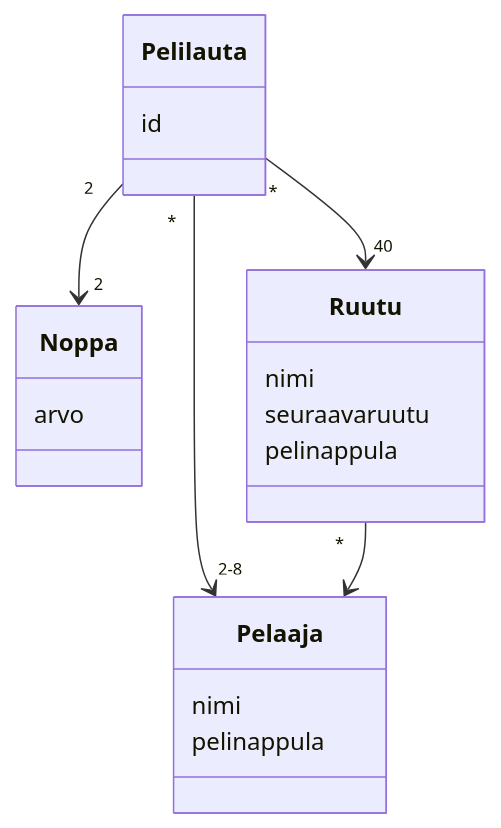
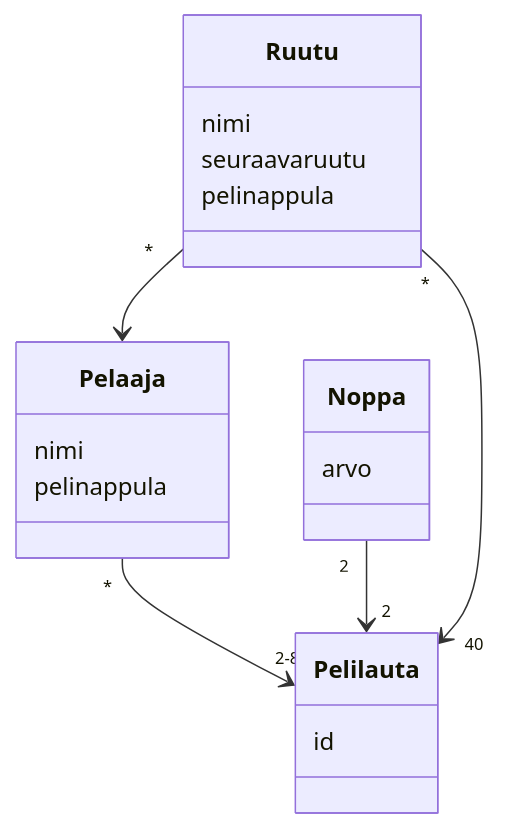
The diagram in laskarit/viikko3/luokkakaavio.md (justusmarttila/ot-harjoitustyo), drawn with Mermaid before and after one commit.

````diff
--- a/laskarit/viikko3/luokkakaavio.md
+++ b/laskarit/viikko3/luokkakaavio.md
@@ -1,22 +1,22 @@
 ```mermaid 
 classDiagram
-    Pelilauta "*" --> "2-8" Pelaaja
-    Pelilauta "2" --> "2" Noppa
-    Pelilauta "*" --> "40" Ruutu
+    Pelaaja "*" --> "2-8" Pelilauta
+    Noppa "2" --> "2" Pelilauta
+    Ruutu "*" --> "40" Pelilauta
     Ruutu "*" --> Pelaaja
     class Pelaaja{
         nimi
         pelinappula
     }
     class Noppa{
         arvo
     }
     class Ruutu{
         nimi
         seuraavaruutu
         pelinappula
     }
     class Pelilauta{
         id
     }
 ```
````
